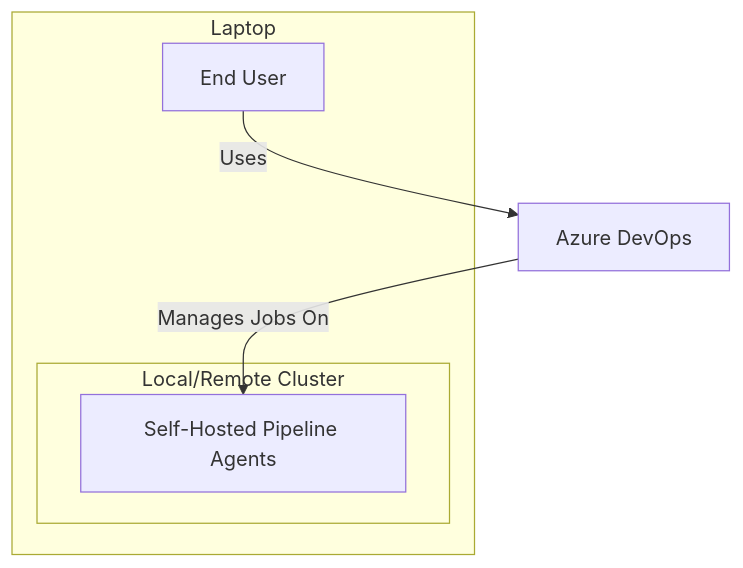
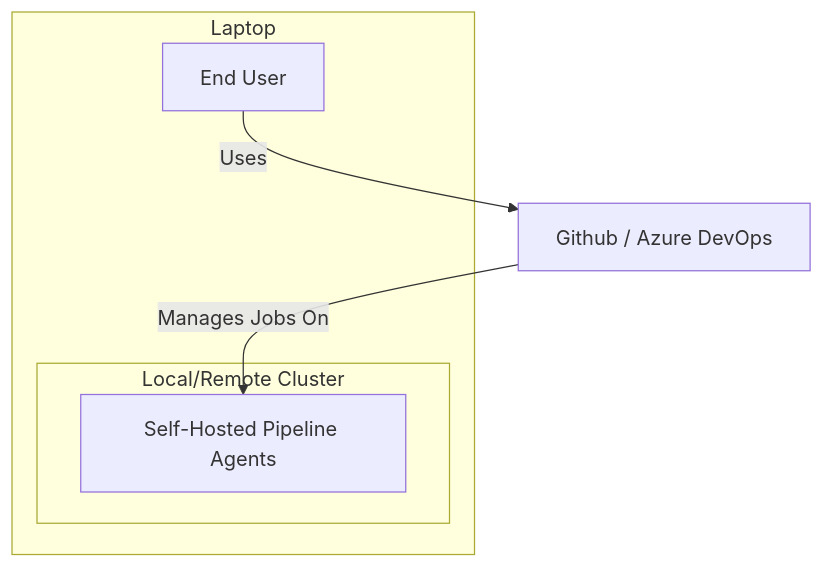
The sixth of 6 diagrams in profile/README.md (DotKube/.github), drawn with Mermaid before and after one commit.

Commit message:
add github / azure devops

````diff
--- a/profile/README.md
+++ b/profile/README.md
@@ -216,12 +216,12 @@
 ```mermaid
 graph TD
     subgraph Laptop ["Laptop"]
         subgraph Cluster ["Local/Remote Cluster"]
             PipelineAgents["Self-Hosted Pipeline Agents"]
         end
         EndUser["End User"]
     end
 
-    EndUser -- "Uses" --> AzureDevOps["Azure DevOps"]
+    EndUser -- "Uses" --> AzureDevOps["Github / Azure DevOps"]
     AzureDevOps -- "Manages Jobs On" --> PipelineAgents
 ```
````
